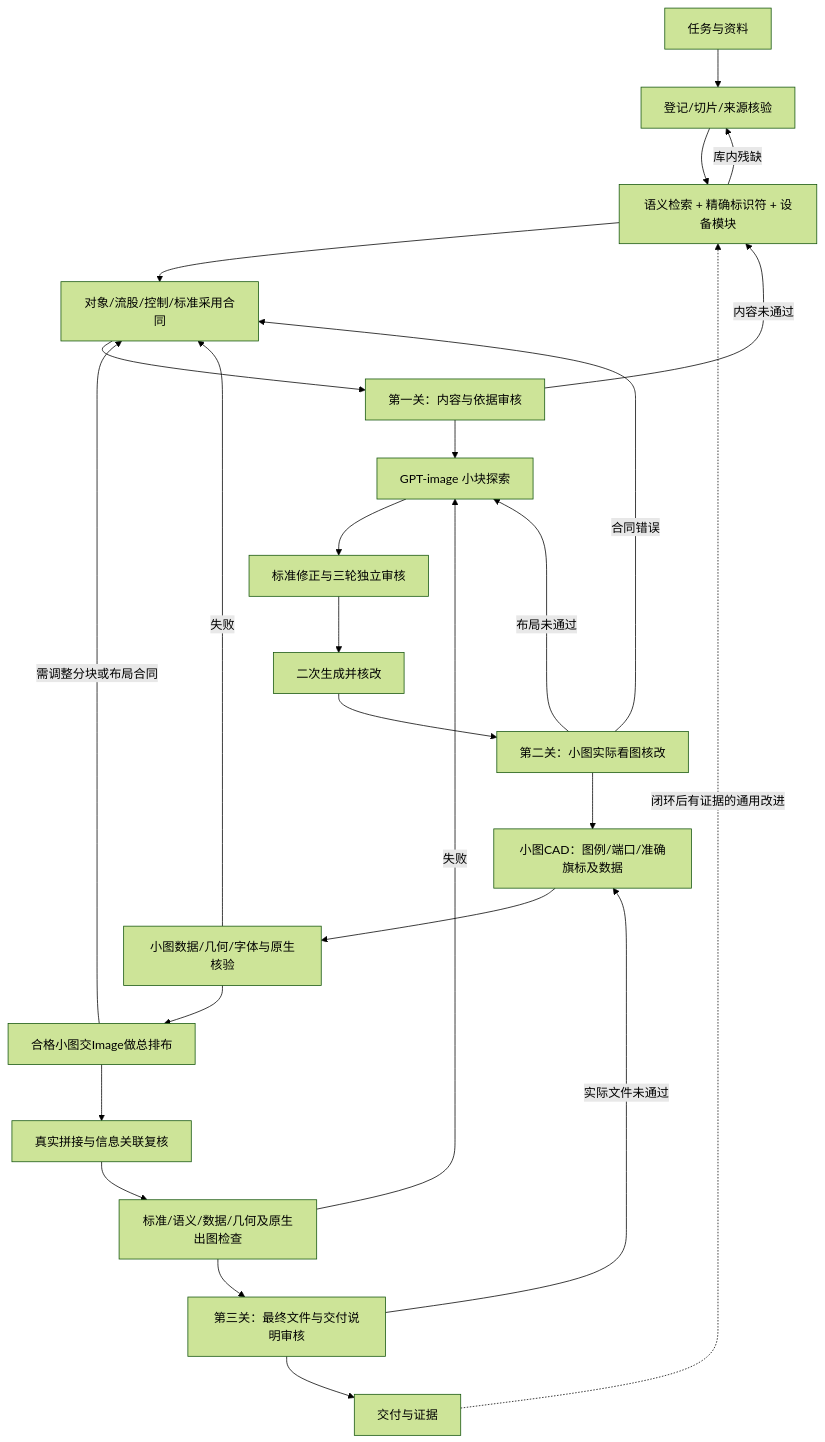
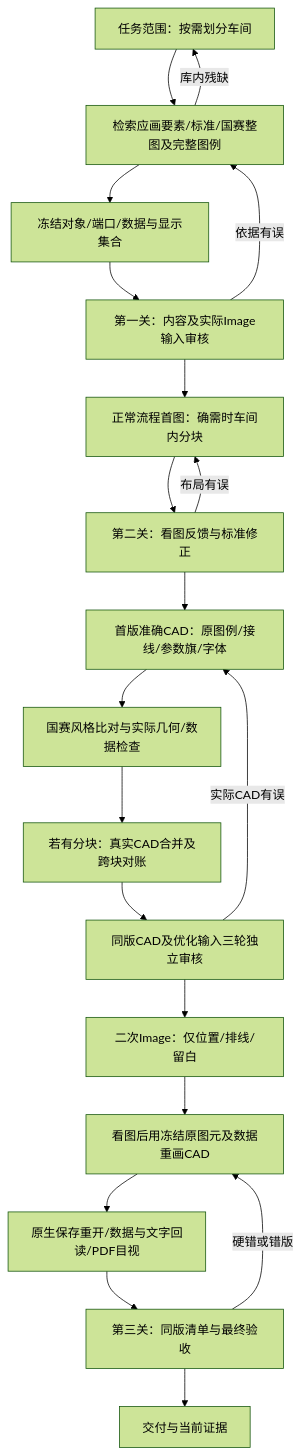
The diagram in README.md (milklong888/gpt-image-chemical-pfd-pid), drawn with Mermaid (forest theme) before and after one commit. The commit also changed other lines of this file and 31 other files, not shown here.

````diff
--- a/README.md
+++ b/README.md
@@ -17,27 +17,22 @@
 ```mermaid
 flowchart TD
-  A[任务与资料] --> B[登记/切片/来源核验]
-  B --> C[语义检索 + 精确标识符 + 设备模块]
-  C --> D[对象/流股/控制/标准采用合同]
-  D --> R[第一关：内容与依据审核]
-  R --> E[GPT-image 小块探索]
-  E --> S[标准修正与三轮独立审核]
-  S --> E2[二次生成并核改]
-  E2 --> Q[第二关：小图实际看图核改]
-  Q --> F[小图CAD：图例/端口/准确旗标及数据]
-  F --> G[小图数据/几何/字体与原生核验]
-  G --> O[合格小图交Image做总排布]
-  O --> J[真实拼接与信息关联复核]
-  J --> H[标准/语义/数据/几何及原生出图检查]
-  H --> V[第三关：最终文件与交付说明审核]
-  V --> I[交付与证据]
-  R -->|内容未通过| C
-  Q -->|布局未通过| E
-  Q -->|合同错误| D
-  O -->|需调整分块或布局合同| D
-  V -->|实际文件未通过| F
-  C -->|库内残缺| B
-  G -->|失败| D
-  H -->|失败| E
-  I -.闭环后有证据的通用改进.-> C
+  A[任务范围：按需划分车间] --> B[检索应画要素/标准/国赛整图及完整图例]
+  B --> C[冻结对象/端口/数据与显示集合]
+  C --> R[第一关：内容及实际Image输入审核]
+  R --> E[正常流程首图：确需时车间内分块]
+  E --> Q[第二关：看图反馈与标准修正]
+  Q --> F[首版准确CAD：原图例/接线/参数旗/字体]
+  F --> G[国赛风格比对与实际几何/数据检查]
+  G --> J[若有分块：真实CAD合并及跨块对账]
+  J --> S[同版CAD及优化输入三轮独立审核]
+  S --> E2[二次Image：仅位置/排线/留白]
+  E2 --> K[看图后用冻结原图元及数据重画CAD]
+  K --> H[原生保存重开/数据与文字回读/PDF目视]
+  H --> V[第三关：同版清单与最终验收]
+  V --> I[交付与当前证据]
+  R -->|依据有误| B
+  Q -->|布局有误| E
+  S -->|实际CAD有误| F
+  V -->|硬错或错版| K
+  B -->|库内残缺| A
 ```
````
